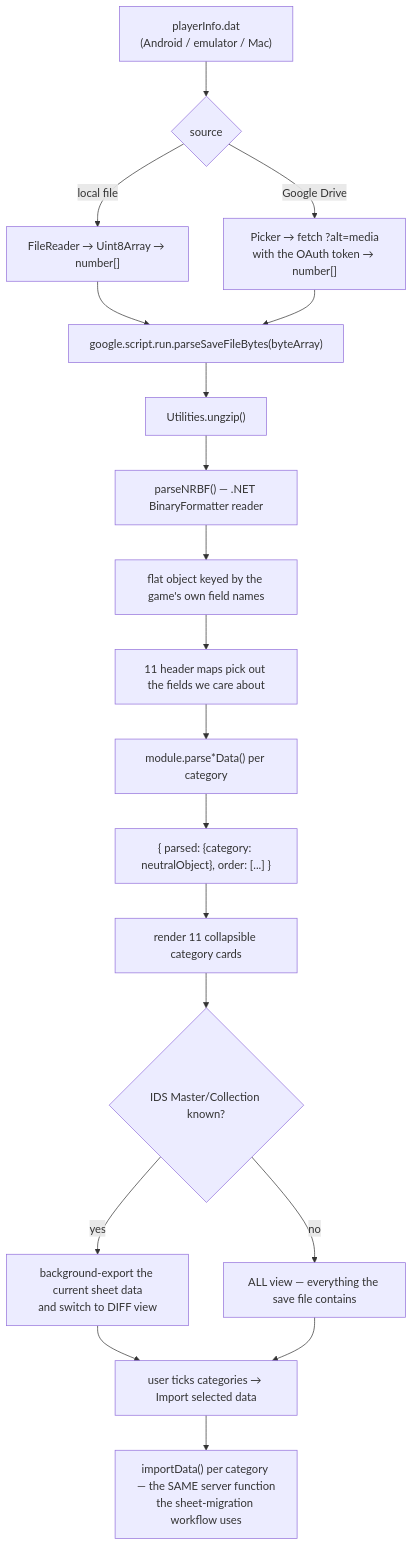
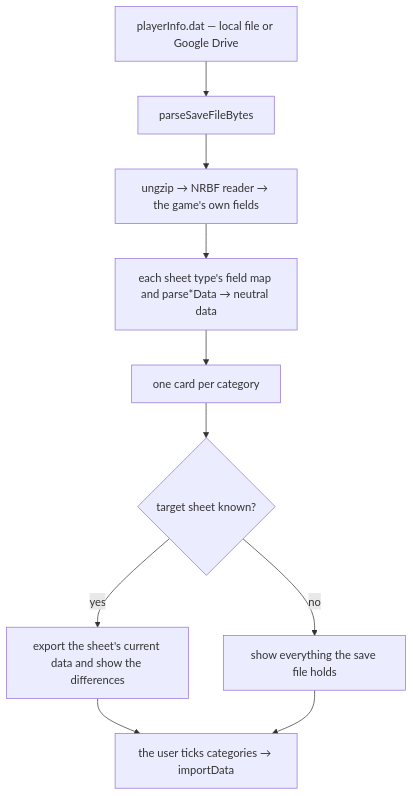
Before and after one commit to Bisse123/The-Tower-App-Script: the diagram in documentation/04-workflow-save-file-import.md, drawn with Mermaid. The commit also changed other lines of this file and 14 other files, not shown here.

````diff
--- a/documentation/04-workflow-save-file-import.md
+++ b/documentation/04-workflow-save-file-import.md
@@ -21,21 +14,12 @@
 ```mermaid
 flowchart TB
-    A["playerInfo.dat<br/>(Android / emulator / Mac)"] --> B{"source"}
-    B -->|"local file"| C["FileReader → Uint8Array → number[]"]
-    B -->|"Google Drive"| D["Picker → fetch ?alt=media<br/>with the OAuth token → number[]"]
-    C --> E["google.script.run.parseSaveFileBytes(byteArray)"]
-    D --> E
-    E --> F["Utilities.ungzip()"]
-    F --> G["parseNRBF() — .NET BinaryFormatter reader"]
-    G --> H["flat object keyed by the game's own field names"]
-    H --> I["11 header maps pick out the fields we care about"]
-    I --> J["module.parse*Data() per category"]
-    J --> K["{ parsed: {category: neutralObject}, order: [...] }"]
-    K --> L["render 11 collapsible category cards"]
-    L --> M{"IDS Master/Collection known?"}
-    M -->|"yes"| N["background-export the current sheet data<br/>and switch to DIFF view"]
-    M -->|"no"| O["ALL view — everything the save file contains"]
-    N --> P["user ticks categories → Import selected data"]
-    O --> P
-    P --> Q["importData() per category — the SAME server function<br/>the sheet-migration workflow uses"]
+    A["playerInfo.dat — local file or Google Drive"] --> B["parseSaveFileBytes"]
+    B --> C["ungzip → NRBF reader → the game's own fields"]
+    C --> D["each sheet type's field map and parse*Data → neutral data"]
+    D --> E["one card per category"]
+    E --> F{"target sheet known?"}
+    F -->|yes| G["export the sheet's current data and show the differences"]
+    F -->|no| H["show everything the save file holds"]
+    G --> I["the user ticks categories → importData"]
+    H --> I
 ```
````
